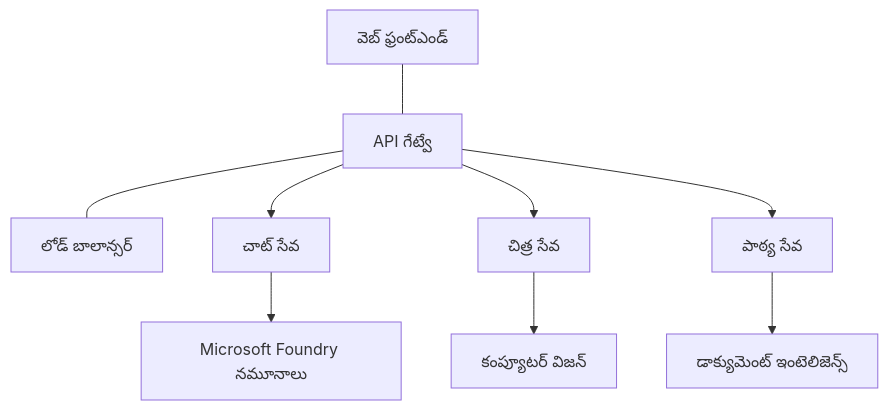
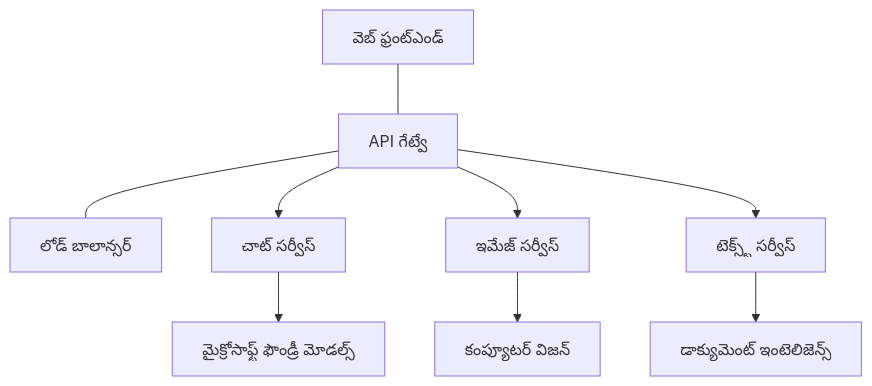
Before and after one commit to microsoft/AZD-for-beginners: the diagram in translations/te/docs/chapter-08-production/production-ai-practices.md, drawn with Mermaid. The commit also changed other lines of this file and 101 other files, not shown here.

````diff
--- a/translations/te/docs/chapter-08-production/production-ai-practices.md
+++ b/translations/te/docs/chapter-08-production/production-ai-practices.md
@@ -30,10 +30,10 @@
 ```mermaid
 graph TD
     Frontend[వెబ్ ఫ్రంట్‌ఎండ్] --- Gateway[API గేట్వే] --- LB[లోడ్ బాలాన్సర్]
-    Gateway --> Chat[చాట్ సేవ]
-    Gateway --> Image[చిత్ర సేవ]
-    Gateway --> Text[పాఠ్య సేవ]
-    Chat --> OpenAI[Microsoft Foundry నమూనాలు]
+    Gateway --> Chat[చాట్ సర్వీస్]
+    Gateway --> Image[ఇమేజ్ సర్వీస్]
+    Gateway --> Text[టెక్స్ట్ సర్వీస్]
+    Chat --> OpenAI[మైక్రోసాఫ్ట్ ఫౌండ్రీ మోడల్స్]
     Image --> Vision[కంప్యూటర్ విజన్]
     Text --> DocIntel[డాక్యుమెంట్ ఇంటెలిజెన్స్]
 ```
````
